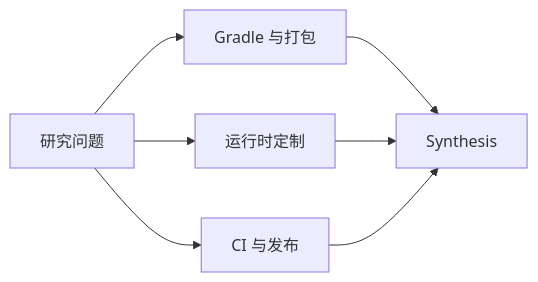
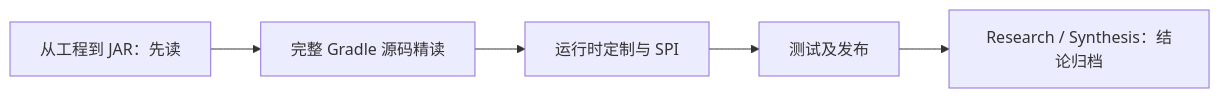
One commit to datafoxlabs/datafox-java-agent changed the diagram in docs/research/active/r-002_splunk-java-agent-architecture/notes/README.md. Above: the diagram before and after it, drawn with Mermaid. The commit also changed other lines of this file, not shown here.

Commit message:
docs(research): make R-002 reading order conversational and guided

````diff
--- a/docs/research/active/r-002_splunk-java-agent-architecture/notes/README.md
+++ b/docs/research/active/r-002_splunk-java-agent-architecture/notes/README.md
@@ -5,9 +7,7 @@
 ```mermaid
 flowchart LR
-    A["研究问题"] --> B["Gradle 与打包"]
-    A --> C["运行时定制"]
-    A --> D["CI 与发布"]
-    B --> E["Synthesis"]
-    C --> E
-    D --> E
+    A["从工程到 JAR：先读"] --> B["完整 Gradle 源码精读"]
+    B --> C["运行时定制与 SPI"]
+    C --> D["测试及发布"]
+    D --> E["Research / Synthesis：结论归档"]
 ```
````
